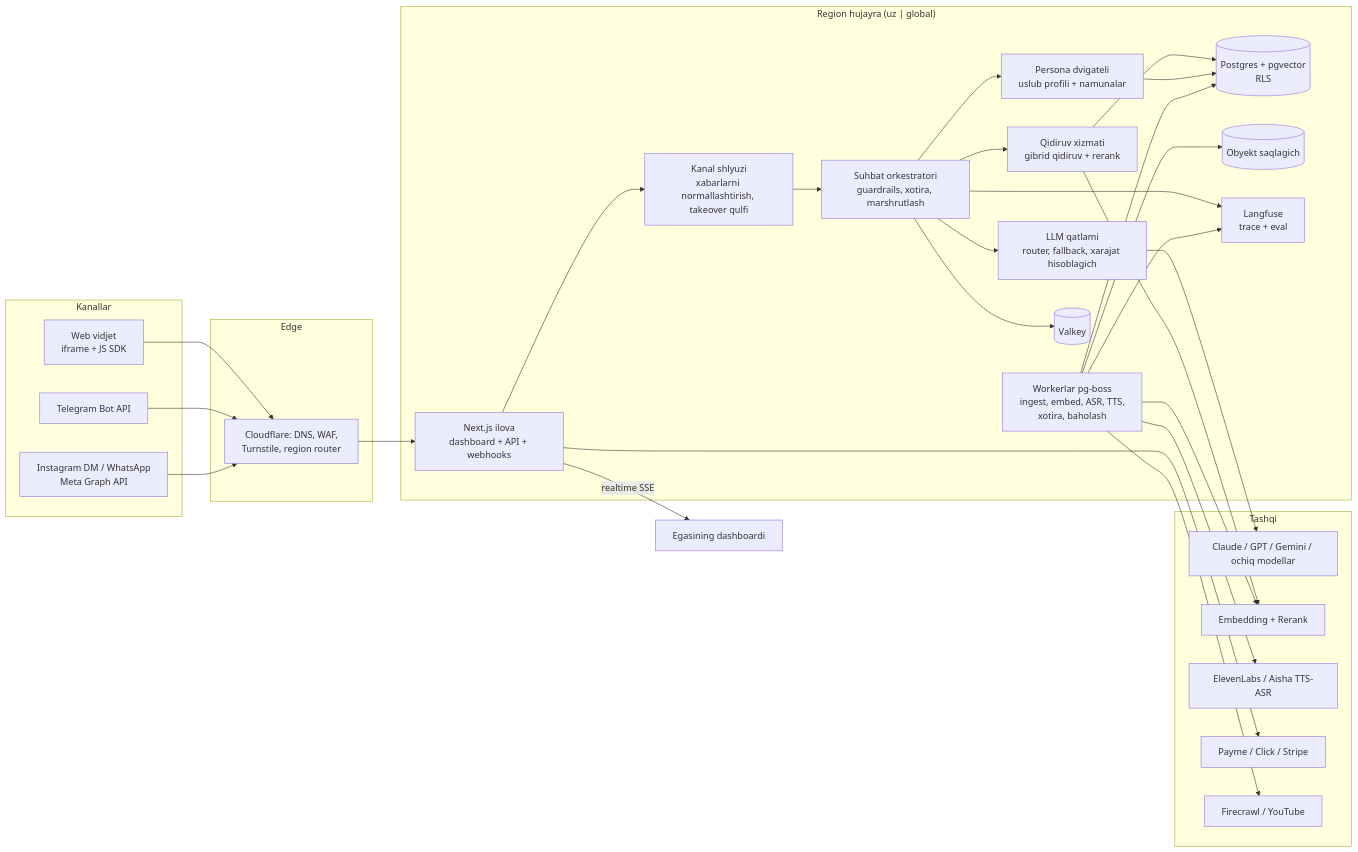
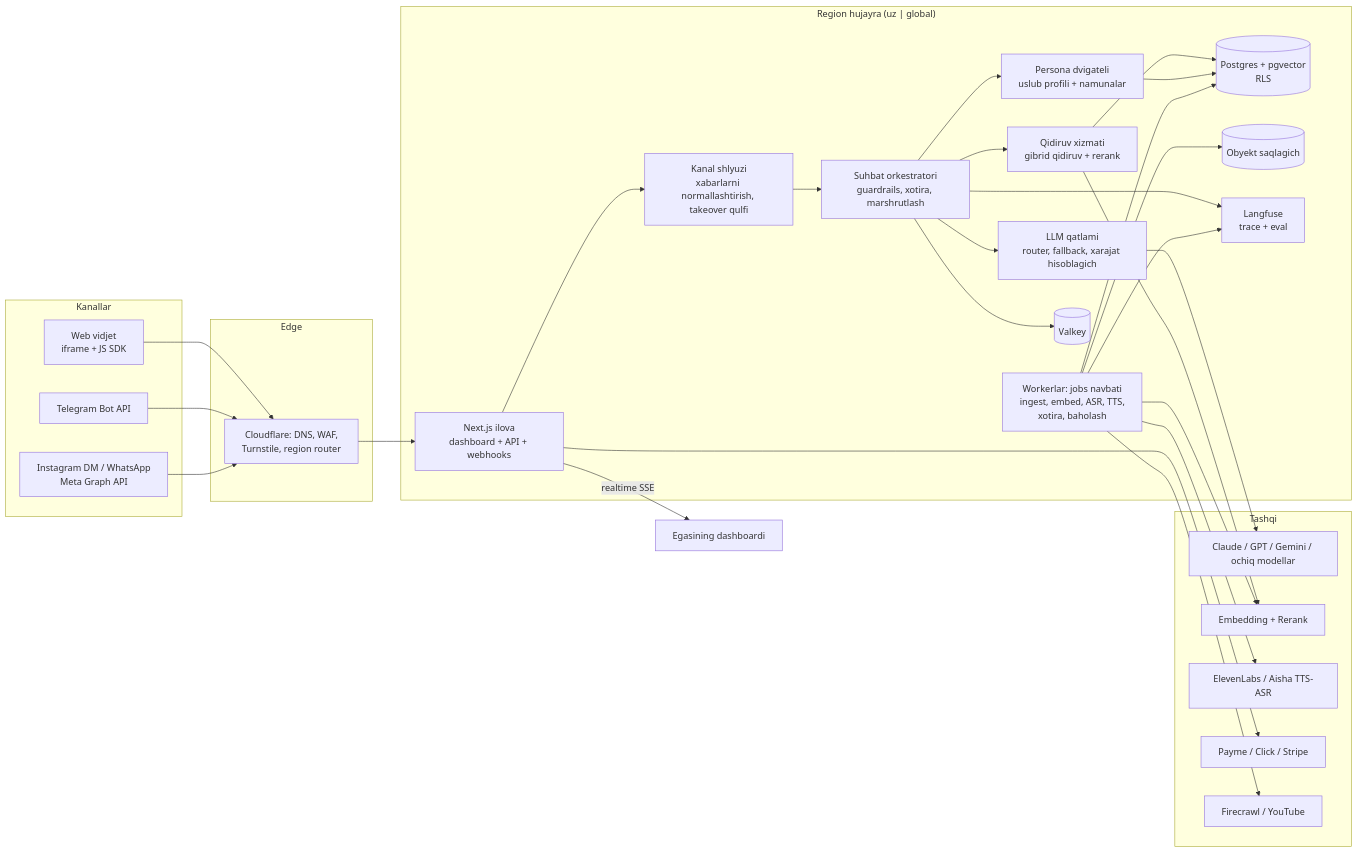
One commit to aslbekqoz/ai-clone changed the diagram in docs/04-texnik-arxitektura.md. Above: the diagram before and after it, drawn with Mermaid. The commit also changed other lines of this file and 17 other files, not shown here.

````diff
--- a/docs/04-texnik-arxitektura.md
+++ b/docs/04-texnik-arxitektura.md
@@ -44,42 +44,42 @@
 ```mermaid
 flowchart LR
   subgraph Kanallar
     W[Web vidjet<br/>iframe + JS SDK]
     TG[Telegram Bot API]
     IG[Instagram DM / WhatsApp<br/>Meta Graph API]
   end
   subgraph Edge
     CF[Cloudflare: DNS, WAF,<br/>Turnstile, region router]
   end
   subgraph Cell["Region hujayra (uz | global)"]
     API[Next.js ilova<br/>dashboard + API + webhooks]
     GW[Kanal shlyuzi<br/>xabarlarni normallashtirish, takeover qulfi]
     ORCH[Suhbat orkestratori<br/>guardrails, xotira, marshrutlash]
     RAG[Qidiruv xizmati<br/>gibrid qidiruv + rerank]
     PER[Persona dvigateli<br/>uslub profili + namunalar]
     LLM[LLM qatlami<br/>router, fallback, xarajat hisoblagich]
-    WK[Workerlar pg-boss<br/>ingest, embed, ASR, TTS,<br/>xotira, baholash]
+    WK[Workerlar: jobs navbati<br/>ingest, embed, ASR, TTS,<br/>xotira, baholash]
     PG[(Postgres + pgvector<br/>RLS)]
     RD[(Valkey)]
     S3[(Obyekt saqlagich)]
     LF[Langfuse<br/>trace + eval]
   end
   subgraph Tashqi
     P1[Claude / GPT / Gemini / ochiq modellar]
     EMB[Embedding + Rerank]
     VOX[ElevenLabs / Aisha TTS-ASR]
     PAY[Payme / Click / Stripe]
     CRAWL[Firecrawl / YouTube]
   end
   W & TG & IG --> CF --> API --> GW --> ORCH
   ORCH --> RAG --> PG
   ORCH --> PER --> PG
   ORCH --> LLM --> P1
   RAG --> EMB
   WK --> CRAWL & EMB & VOX
   API --> PAY
   ORCH --> RD
   WK --> PG & S3
   ORCH & WK --> LF
   API -- realtime SSE --> Owner[Egasining dashboardi]
 ```
````
